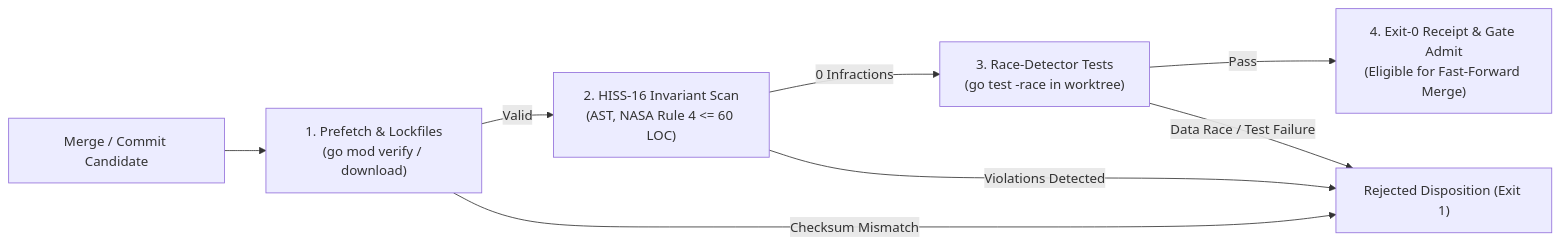
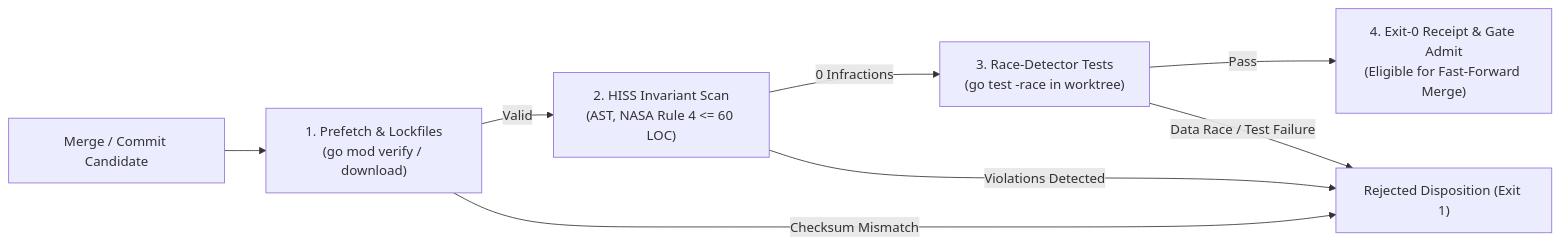
Before and after one commit to cordanaLLM/praetor: the third of 3 diagrams in docs/architecture/c4-models.md, drawn with Mermaid. The commit also changed 59 other files, not shown here.

````diff
--- a/docs/architecture/c4-models.md
+++ b/docs/architecture/c4-models.md
@@ -79,11 +79,11 @@
 ```mermaid
 flowchart LR
     INPUT["Merge / Commit Candidate"] --> PREFETCH["1. Prefetch & Lockfiles\n(go mod verify / download)"]
-    PREFETCH -->|"Valid"| AST_SCAN["2. HISS-16 Invariant Scan\n(AST, NASA Rule 4 <= 60 LOC)"]
+    PREFETCH -->|"Valid"| AST_SCAN["2. HISS Invariant Scan\n(AST, NASA Rule 4 <= 60 LOC)"]
     AST_SCAN -->|"0 Infractions"| RACE_TEST["3. Race-Detector Tests\n(go test -race in worktree)"]
     RACE_TEST -->|"Pass"| RECEIPT["4. Exit-0 Receipt & Gate Admit\n(Eligible for Fast-Forward Merge)"]
     
     PREFETCH -->|"Checksum Mismatch"| REJECT["Rejected Disposition (Exit 1)"]
     AST_SCAN -->|"Violations Detected"| REJECT
     RACE_TEST -->|"Data Race / Test Failure"| REJECT
 ```
````
